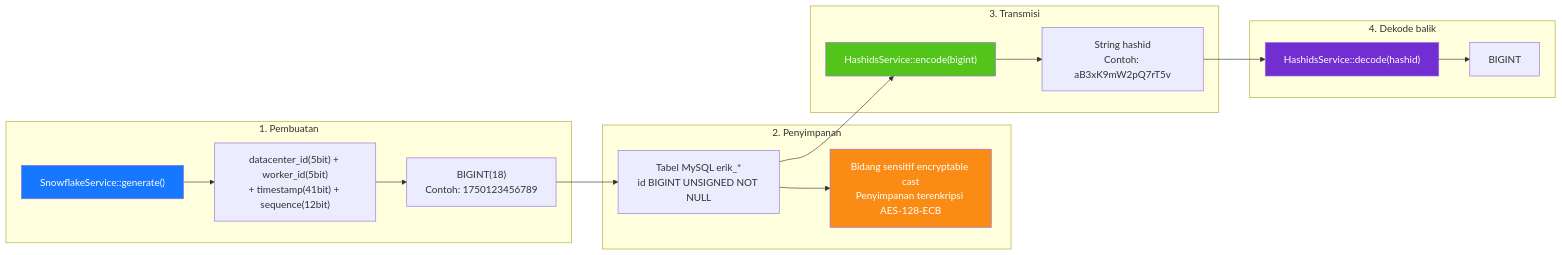
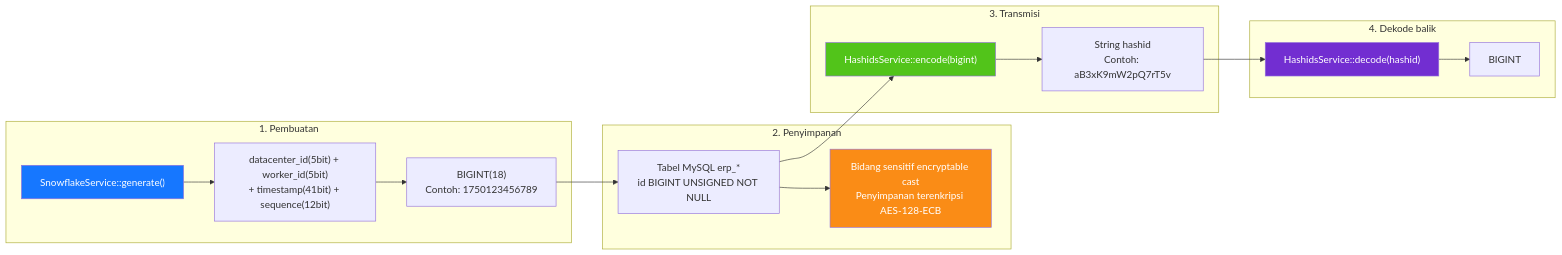
The diagram in docs/i18n/id/diagrams/06-id-lifecycle.md (erikwang2013/erp-php), drawn with Mermaid before and after one commit. The commit also changed 449 other files, not shown here.

First line of the commit message:
全局命名统一：数据库 erp、表前缀 erp_、Redis 前缀 erp:（原 erik_/open_admin）

````diff
--- a/docs/i18n/id/diagrams/06-id-lifecycle.md
+++ b/docs/i18n/id/diagrams/06-id-lifecycle.md
@@ -3,32 +3,32 @@
 ```mermaid
 flowchart LR
     subgraph gen["1. Pembuatan"]
         g1["SnowflakeService::generate()"]
         g2["datacenter_id(5bit) + worker_id(5bit)<br/>+ timestamp(41bit) + sequence(12bit)"]
         g3["BIGINT(18)<br/>Contoh: 1750123456789"]
         g1 --> g2 --> g3
     end
 
     subgraph store["2. Penyimpanan"]
-        s1["Tabel MySQL erik_*<br/>id BIGINT UNSIGNED NOT NULL"]
+        s1["Tabel MySQL erp_*<br/>id BIGINT UNSIGNED NOT NULL"]
         s2["Bidang sensitif encryptable cast<br/>Penyimpanan terenkripsi AES-128-ECB"]
         g3 --> s1 --> s2
     end
 
     subgraph transfer["3. Transmisi"]
         t1["HashidsService::encode(bigint)"]
         t2["String hashid<br/>Contoh: aB3xK9mW2pQ7rT5v"]
         s1 --> t1 --> t2
     end
 
     subgraph reverse["4. Dekode balik"]
         r1["HashidsService::decode(hashid)"]
         r2["BIGINT"]
         t2 --> r1 --> r2
     end
 
     style g1 fill:#1677FF,color:#fff
     style s2 fill:#FA8C16,color:#fff
     style t1 fill:#52C41A,color:#fff
     style r1 fill:#722ED1,color:#fff
 ```
````
